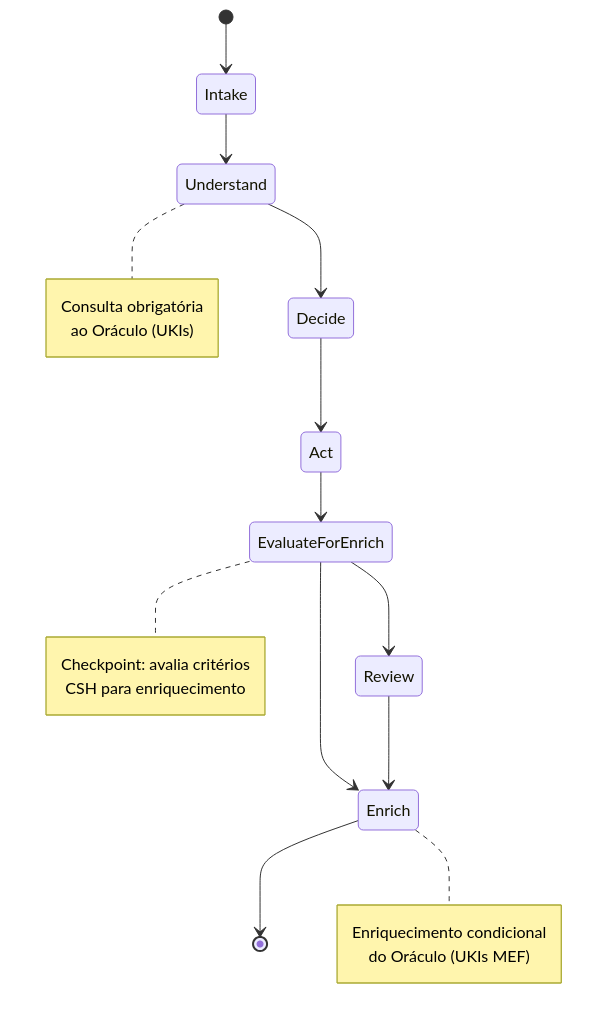
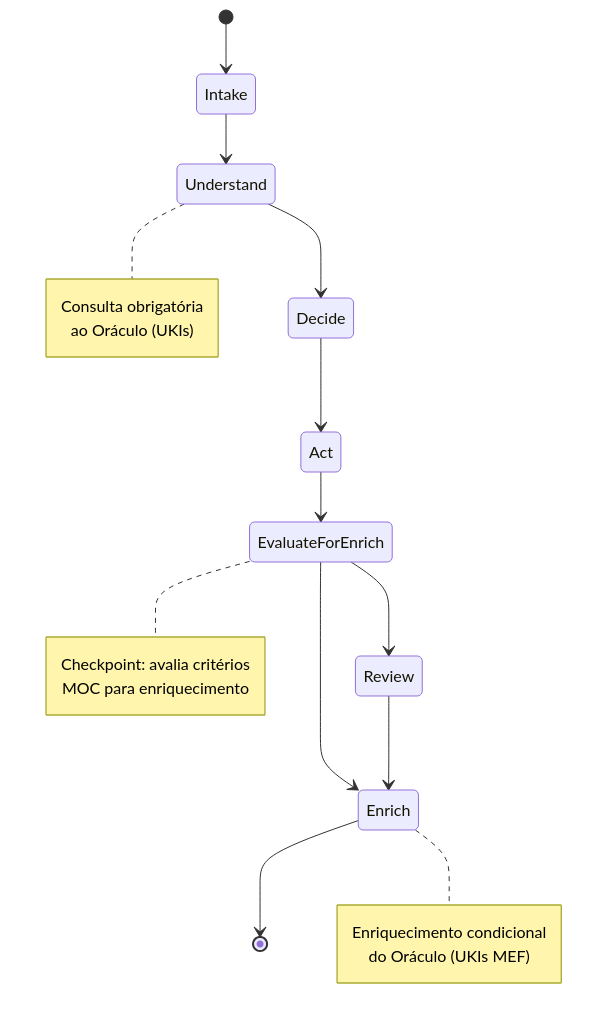
The first of 6 diagrams in MATRIX_PROTOCOL.md (netomantonio/matrix-protocol), drawn with Mermaid before and after one commit. The commit also changed other lines of this file and 15 other files, not shown here.

````diff
--- a/MATRIX_PROTOCOL.md
+++ b/MATRIX_PROTOCOL.md
@@ -176,27 +176,27 @@
 ```mermaid
 stateDiagram-v2
     [*] --> Intake
     Intake --> Understand
     Understand --> Decide  
     Decide --> Act
     Act --> EvaluateForEnrich
     EvaluateForEnrich --> Review
     EvaluateForEnrich --> Enrich
     Review --> Enrich
     Enrich --> [*]
     
     note right of Understand
       Consulta obrigatória 
       ao Oráculo (UKIs)
     end note
     
     note right of EvaluateForEnrich
       Checkpoint: avalia critérios
-      CSH para enriquecimento
+      MOC para enriquecimento
     end note
     
     note right of Enrich
       Enriquecimento condicional
       do Oráculo (UKIs MEF)
     end note
 ```
````
